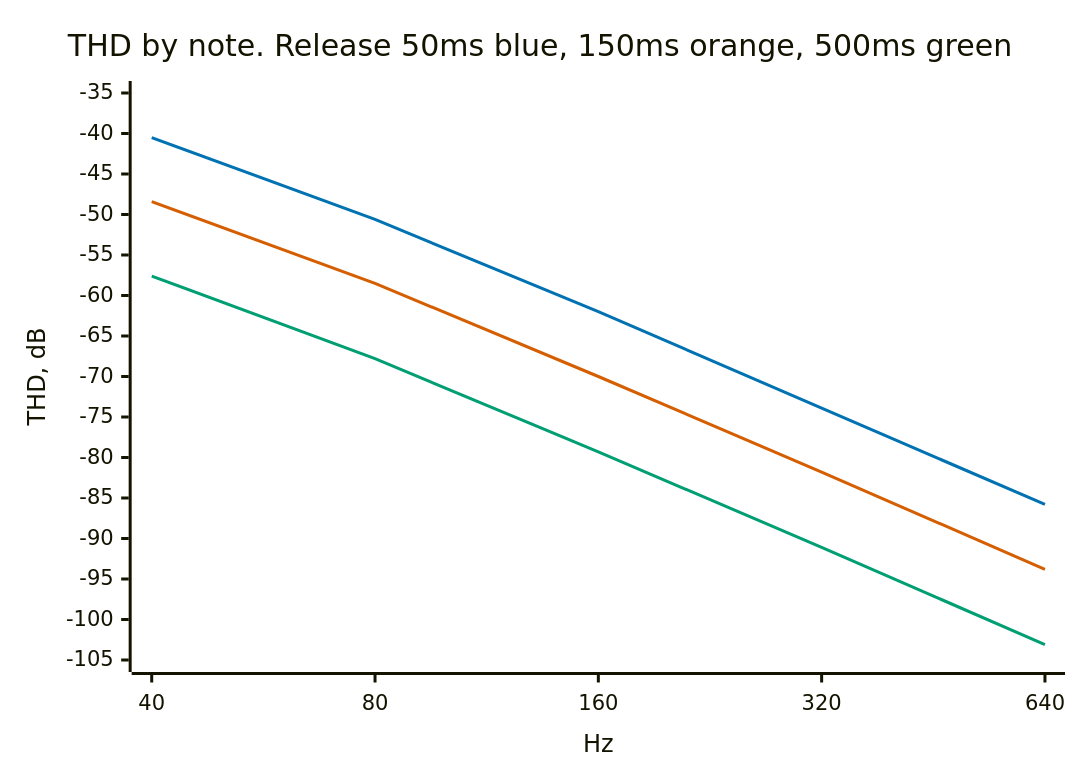
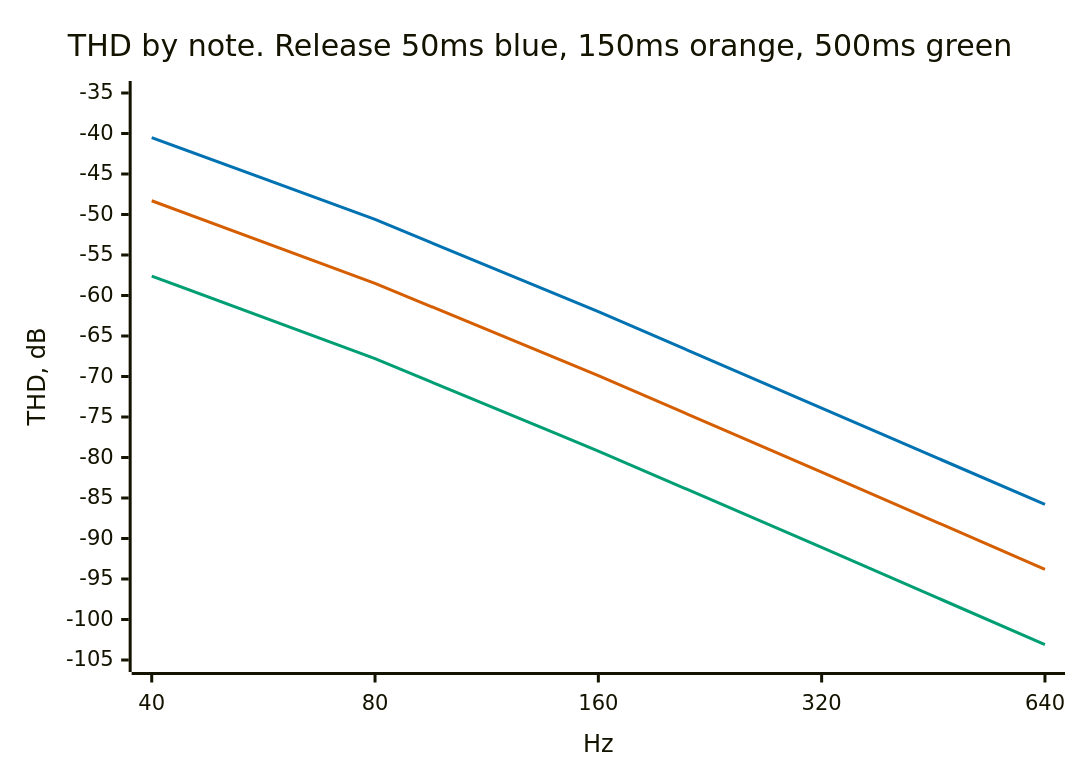
The fifth of 6 diagrams in Documentation/effects/compressor.md (torvalds/GuitarPedal), drawn with Mermaid before and after one commit. The commit also changed other lines of this file and 3 other files, not shown here.

````diff
--- a/Documentation/effects/compressor.md
+++ b/Documentation/effects/compressor.md
@@ -139,10 +139,10 @@
 ```mermaid
 %%{init: {'themeVariables': {'xyChart': {'plotColorPalette': '#0072b2, #d55e00, #009e73'}}}}%%
 xychart-beta
     title "THD by note. Release 50ms blue, 150ms orange, 500ms green"
     x-axis "Hz" [40, 80, 160, 320, 640]
     y-axis "THD, dB" -105 --> -35
     line [-40.5, -50.6, -62.0, -73.9, -85.8]
-    line [-48.4, -58.5, -70.0, -81.8, -93.8]
-    line [-57.6, -67.8, -79.3, -91.1, -103.1]
+    line [-48.3, -58.5, -69.9, -81.8, -93.8]
+    line [-57.6, -67.8, -79.2, -91.1, -103.1]
 ```
````
